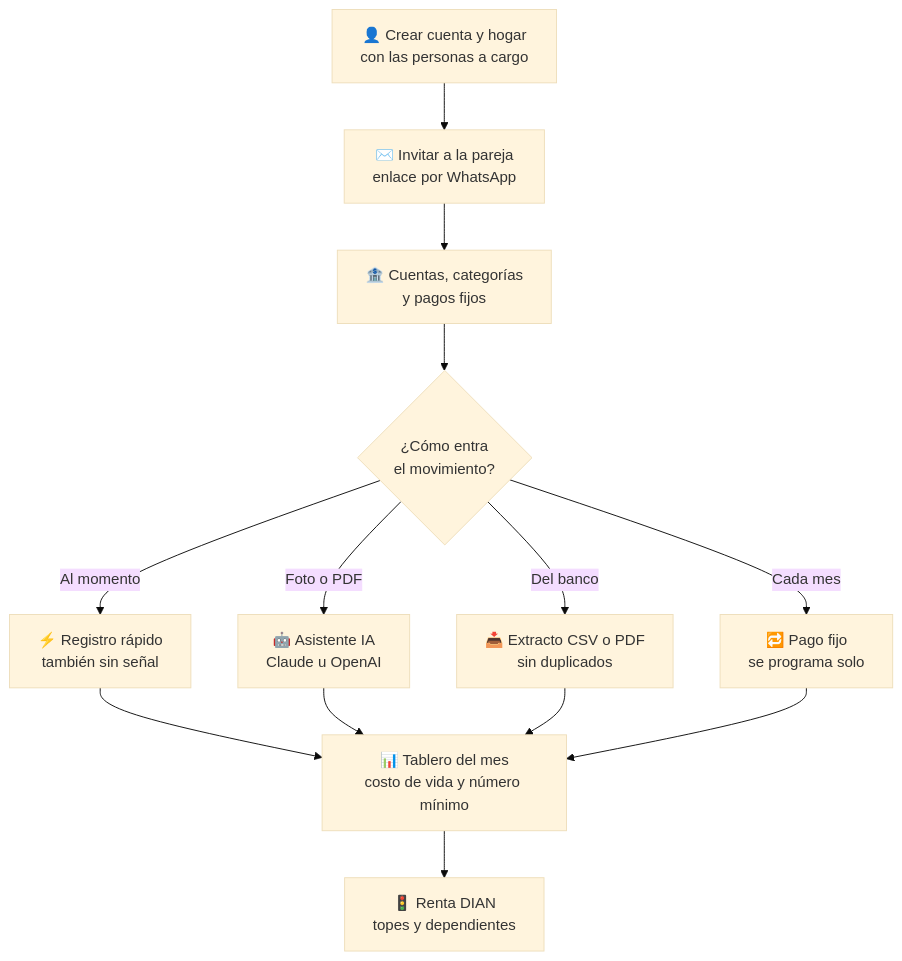
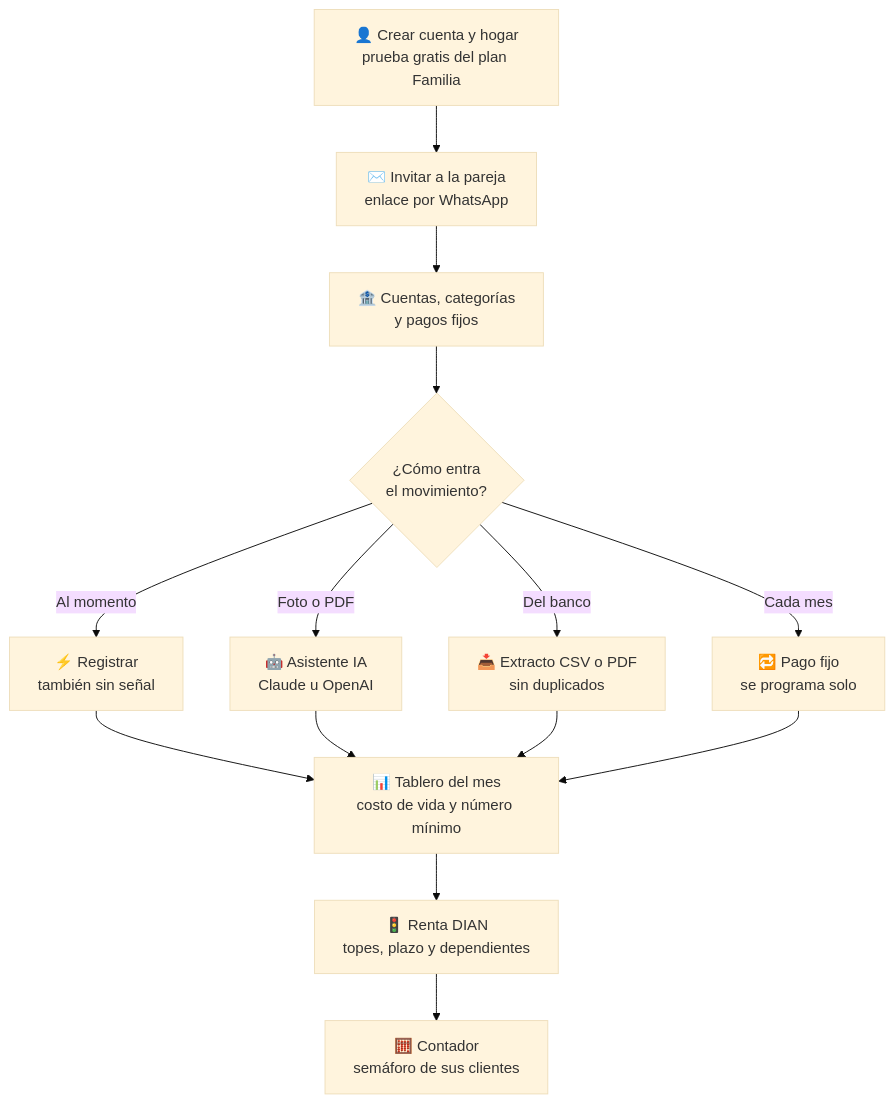
One commit to Jaider45/My-House changed the first of 2 diagrams in README.md. Above: the diagram before and after it, drawn with Mermaid (base theme). The commit also changed other lines of this file, not shown here.

Commit message:
README al día con la fase SaaS: consola, planes, cobro, contadores, guías y seguridad

````diff
--- a/README.md
+++ b/README.md
@@ -153,15 +202,18 @@
 ```mermaid
 flowchart TD
-    A["👤 Crear cuenta y hogar<br/>con las personas a cargo"] --> B["✉️ Invitar a la pareja<br/>enlace por WhatsApp"]
+    A["👤 Crear cuenta y hogar<br/>prueba gratis del plan Familia"] --> B["✉️ Invitar a la pareja<br/>enlace por WhatsApp"]
     B --> C["🏦 Cuentas, categorías<br/>y pagos fijos"]
     C --> D{"¿Cómo entra<br/>el movimiento?"}
-    D -- "Al momento" --> E["⚡ Registro rápido<br/>también sin señal"]
+    D -- "Al momento" --> E["⚡ Registrar<br/>también sin señal"]
     D -- "Foto o PDF" --> F["🤖 Asistente IA<br/>Claude u OpenAI"]
     D -- "Del banco" --> G["📥 Extracto CSV o PDF<br/>sin duplicados"]
     D -- "Cada mes" --> H["🔁 Pago fijo<br/>se programa solo"]
+
     E --> I["📊 Tablero del mes<br/>costo de vida y número mínimo"]
     F --> I
     G --> I
     H --> I
-    I --> J["🚦 Renta DIAN<br/>topes y dependientes"]
+
+    I --> J["🚦 Renta DIAN<br/>topes, plazo y dependientes"]
+    J --> L["🧮 Contador<br/>semáforo de sus clientes"]
 ```
````
